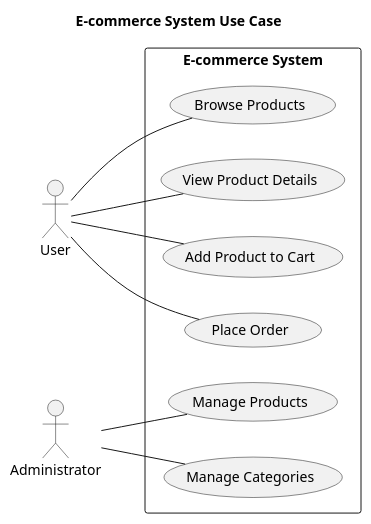
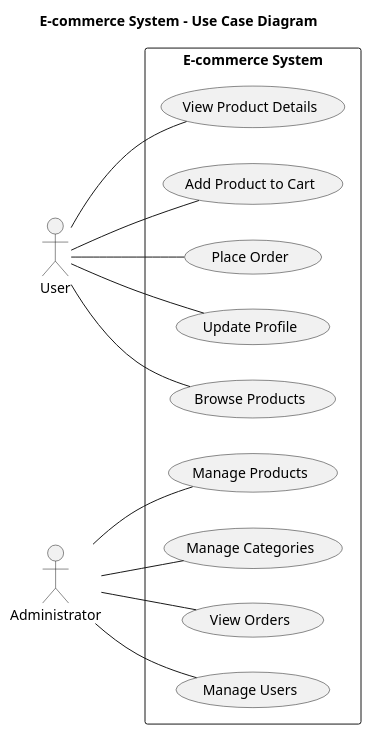
The diagram in technique/Use_Cases/UseCases_Sprint_1.plantuml (samir20-23/siteweb_ecommerce), drawn with PlantUML before and after one commit. The commit also changed 5 other files, not shown here.

```diff
--- a/technique/Use_Cases/UseCases_Sprint_1.plantuml
+++ b/technique/Use_Cases/UseCases_Sprint_1.plantuml
@@ -1,27 +1,33 @@
 @startuml
 left to right direction
 
-title E-commerce System Use Case
+title E-commerce System - Use Case Diagram
 
-actor Utilisateur as "User"
+actor User as "User"
 actor Administrator as "Administrator"
 
 rectangle "E-commerce System" {
     (Browse Products)
     (View Product Details)
     (Add Product to Cart)
     (Place Order)
     (Manage Products)
     (Manage Categories)
+    (View Orders)
+    (Update Profile)
+    (Manage Users)
 }
 
 ' Relationships between actors and use cases
-Utilisateur -- (Browse Products)
-Utilisateur -- (View Product Details)
-Utilisateur -- (Add Product to Cart)
-Utilisateur -- (Place Order)
+User -- (Browse Products)
+User -- (View Product Details)
+User -- (Add Product to Cart)
+User -- (Place Order)
+User -- (Update Profile)
 
 Administrator -- (Manage Products)
 Administrator -- (Manage Categories)
+Administrator -- (Manage Users)
+Administrator -- (View Orders)
 
 @enduml
```
